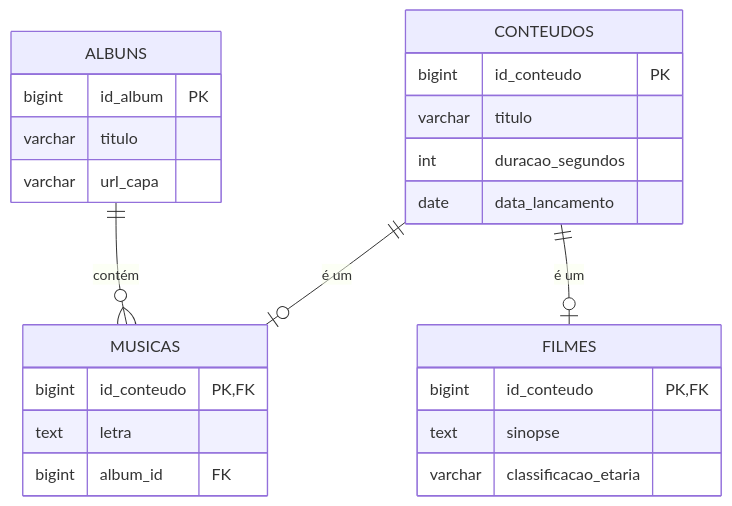
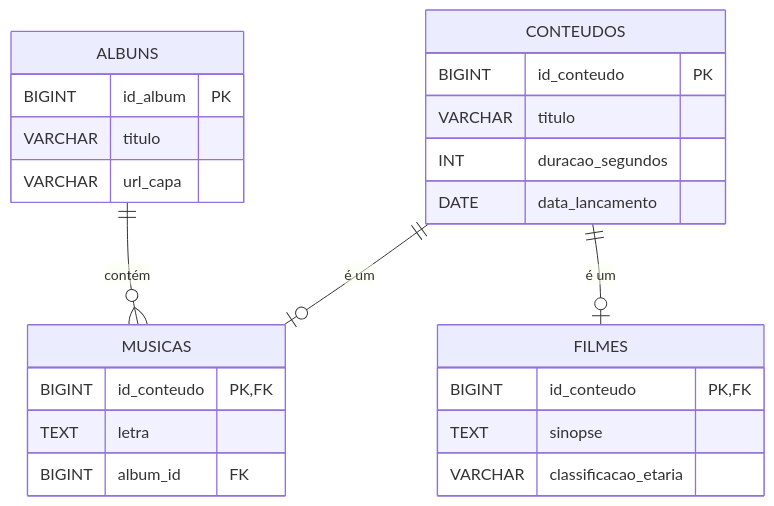
One commit to DSM-Fatec-Jahu/BDR-DSM-2026-2 changed diagram 14 of 20 in docs/aulas/Aula_01_Revisao_Modelagem_Conceitual.md. Above: the diagram before and after it, drawn with Mermaid. The commit also changed other lines of this file and 2 other files, not shown here.

First line of the commit message:
Padroniza tipos SQL em MAIÚSCULAS nos diagramas (Regra 3)

````diff
--- a/docs/aulas/Aula_01_Revisao_Modelagem_Conceitual.md
+++ b/docs/aulas/Aula_01_Revisao_Modelagem_Conceitual.md
@@ -634,31 +634,31 @@
 ```mermaid
 erDiagram
     CONTEUDOS {
-        bigint id_conteudo PK
-        varchar titulo
-        int duracao_segundos
-        date data_lancamento
+        BIGINT id_conteudo PK
+        VARCHAR titulo
+        INT duracao_segundos
+        DATE data_lancamento
     }
 
     MUSICAS {
-        bigint id_conteudo PK, FK
-        text letra
-        bigint album_id FK
+        BIGINT id_conteudo PK, FK
+        TEXT letra
+        BIGINT album_id FK
     }
 
     FILMES {
-        bigint id_conteudo PK, FK
-        text sinopse
-        varchar classificacao_etaria
+        BIGINT id_conteudo PK, FK
+        TEXT sinopse
+        VARCHAR classificacao_etaria
     }
 
     ALBUNS {
-        bigint id_album PK
-        varchar titulo
-        varchar url_capa
+        BIGINT id_album PK
+        VARCHAR titulo
+        VARCHAR url_capa
     }
 
     CONTEUDOS ||--o| MUSICAS  : "é um"
     CONTEUDOS ||--o| FILMES   : "é um"
     ALBUNS    ||--o{ MUSICAS  : "contém"
 ```
````
